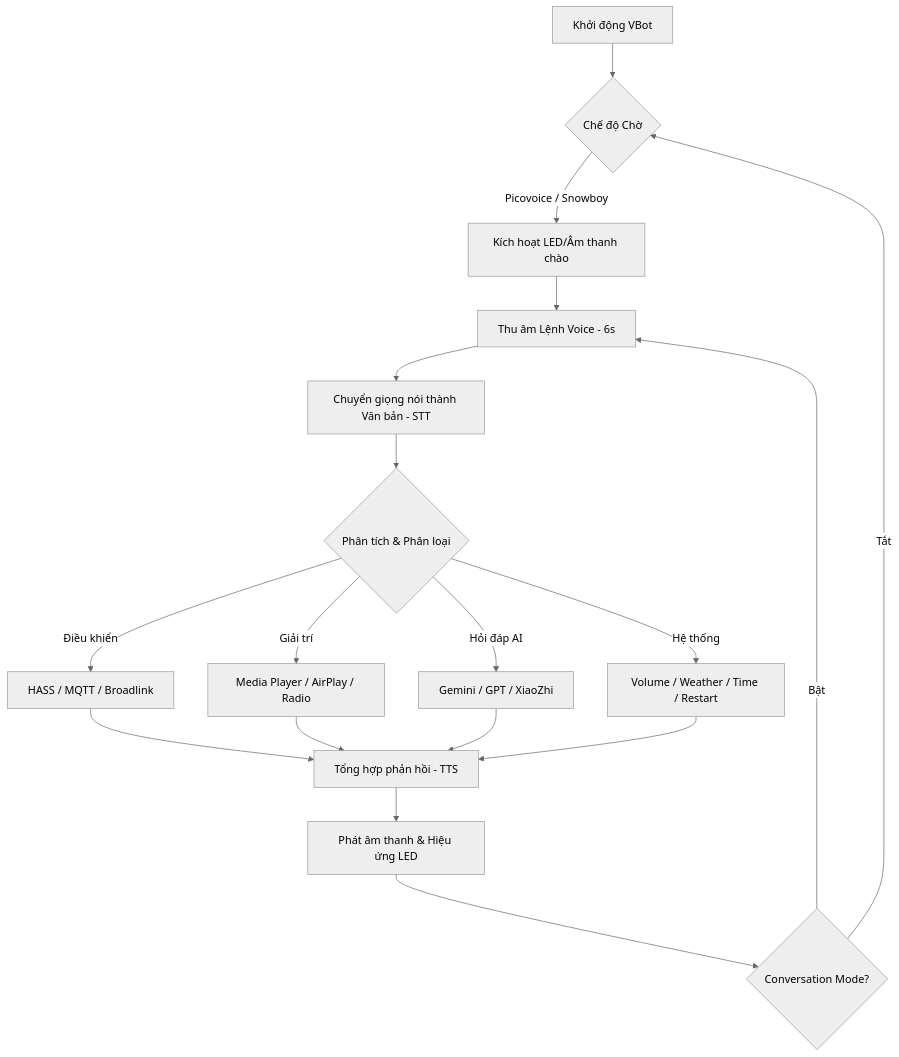
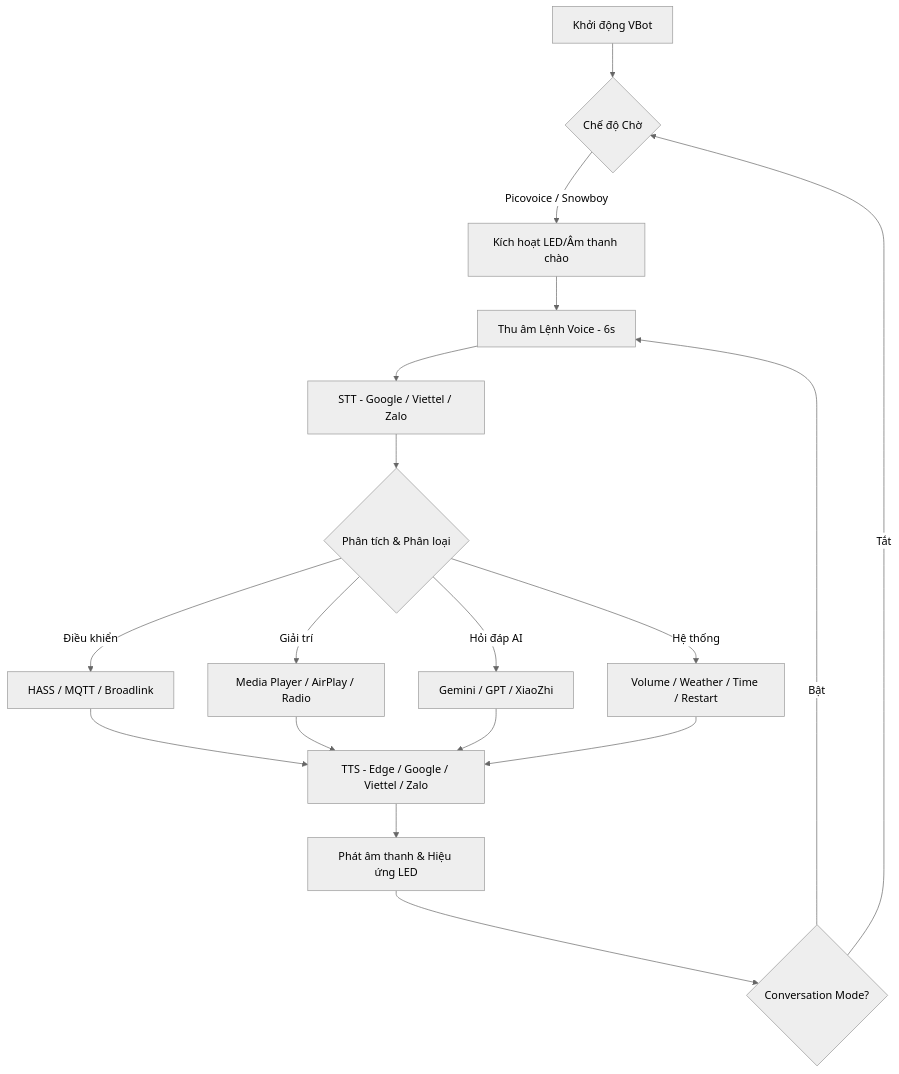
One commit to marion001/VBot_Offline changed the diagram in README.md. Above: the diagram before and after it, drawn with Mermaid (neutral theme). The commit also changed other lines of this file, not shown here.

````diff
--- a/README.md
+++ b/README.md
@@ -68,23 +74,23 @@
 ```mermaid
 graph TD
     A[Khởi động VBot] --> B{Chế độ Chờ}
     B -->|Picovoice / Snowboy| C[Kích hoạt LED/Âm thanh chào]
     C --> D[Thu âm Lệnh Voice - 6s]
-    D --> E[Chuyển giọng nói thành Văn bản - STT]
+    D --> E[STT - Google / Viettel / Zalo]
     E --> F{Phân tích & Phân loại}
     
     F -->|Điều khiển| G[HASS / MQTT / Broadlink]
     F -->|Giải trí| H[Media Player / AirPlay / Radio]
     F -->|Hỏi đáp AI| I[Gemini / GPT / XiaoZhi]
     F -->|Hệ thống| J[Volume / Weather / Time / Restart]
     
-    G --> K[Tổng hợp phản hồi - TTS]
+    G --> K[TTS - Edge / Google / Viettel / Zalo]
     H --> K
     I --> K
     J --> K
     
     K --> L[Phát âm thanh & Hiệu ứng LED]
     L --> M{Conversation Mode?}
     M -->|Bật| D
     M -->|Tắt| B
 ```
````
